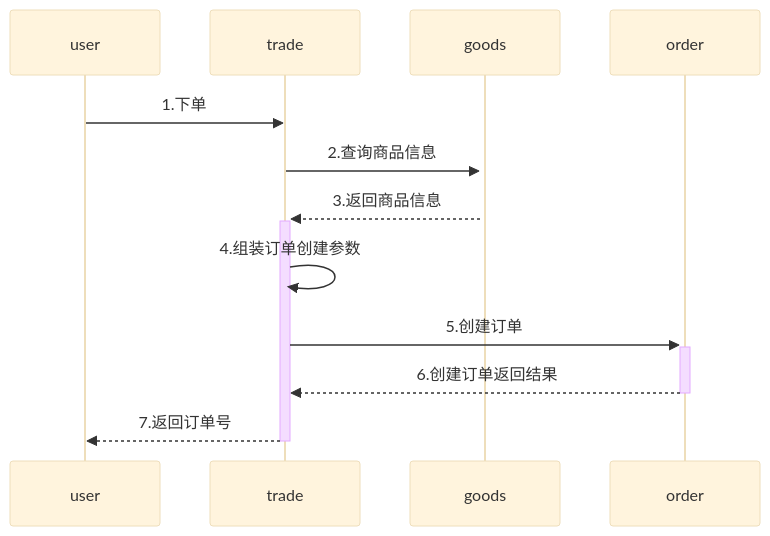
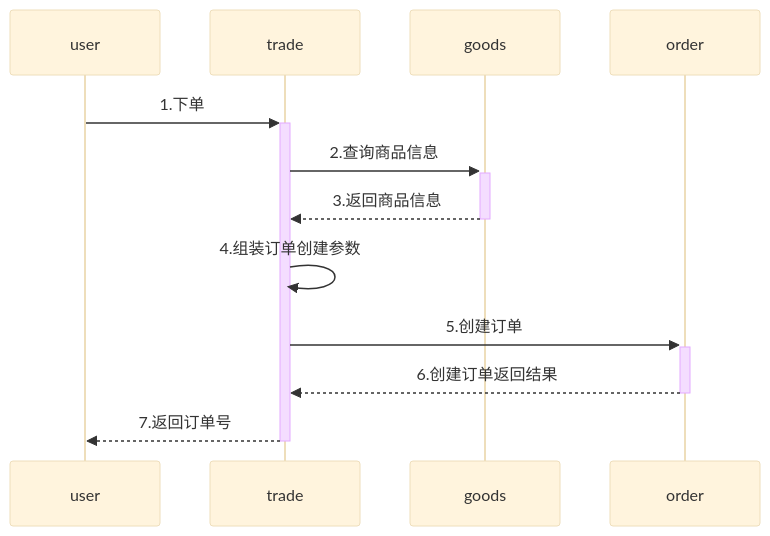
The diagram in all/未命名-6.md (yingjianzh/iodraw-files), drawn with Mermaid (base theme) before and after one commit.

Commit message:
2024-08-19 15:40:14 update

````diff
--- a/all/未命名-6.md
+++ b/all/未命名-6.md
@@ -1,10 +1,10 @@
 ```mermaid
 sequenceDiagram
-    user->>trade: 1.下单
+    user->>+trade: 1.下单
     trade->>+goods: 2.查询商品信息
-    goods-->>+trade: 3.返回商品信息
+    goods-->>-trade: 3.返回商品信息
     trade->>trade: 4.组装订单创建参数
     trade->>+order: 5.创建订单
     order-->>-trade: 6.创建订单返回结果
     trade-->>-user: 7.返回订单号
 ```
````
